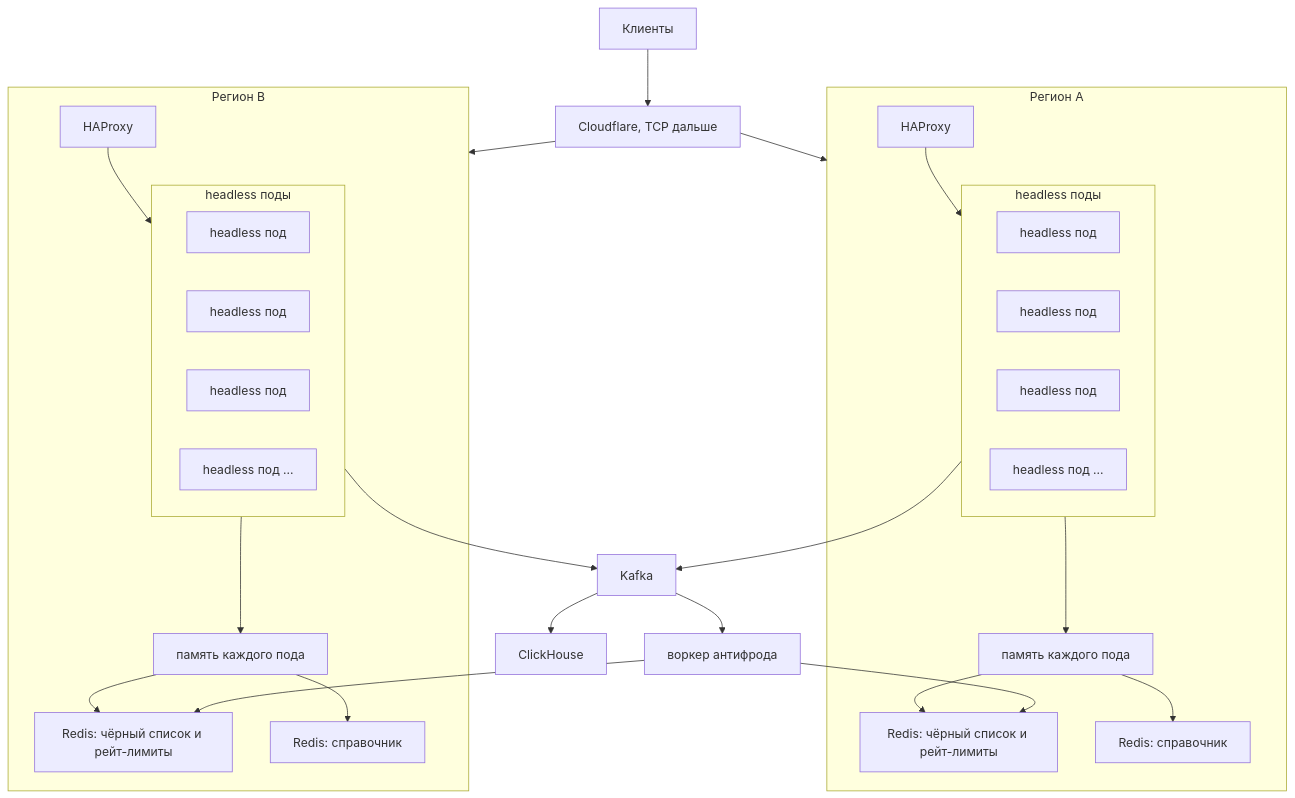
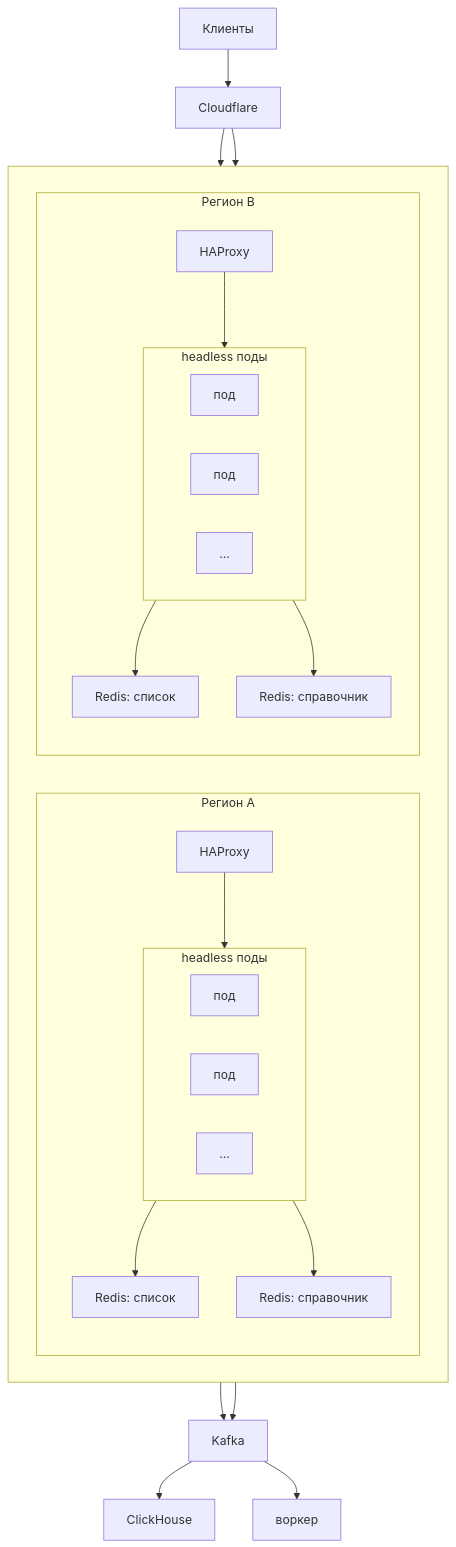
One commit to ventolin13/georedirect changed the diagram in docs/hld.md. Above: the diagram before and after it, drawn with Mermaid.

Commit message:
Place the regions side by side and keep Kafka and ClickHouse below them.

````diff
--- a/docs/hld.md
+++ b/docs/hld.md
@@ -7,53 +7,45 @@
 ```mermaid
 flowchart TB
-  clients[Клиенты] --> cf["Cloudflare, TCP дальше"]
+  clients[Клиенты] --> cf[Cloudflare]
 
-  subgraph regionA [Регион A]
-    haA[HAProxy]
-    subgraph podsA [headless поды]
-      direction LR
-      pa1[headless под]
-      pa2[headless под]
-      pa3[headless под]
-      paN["headless под …"]
+  subgraph row [ ]
+    direction LR
+    subgraph regionA [Регион A]
+      direction TB
+      haA[HAProxy]
+      subgraph podsA [headless поды]
+        direction LR
+        pa1[под]
+        pa2[под]
+        pa3[…]
+      end
+      redisA["Redis: список"]
+      refA["Redis: справочник"]
+      haA --> podsA
+      podsA --> redisA
+      podsA --> refA
     end
-    memA[память каждого пода]
-    redisA["Redis: чёрный список и рейт-лимиты"]
-    refA["Redis: справочник"]
-    haA --> podsA
-    podsA --> memA
-    memA --> redisA
-    memA --> refA
+    subgraph regionB [Регион B]
+      direction TB
+      haB[HAProxy]
+      subgraph podsB [headless поды]
+        direction LR
+        pb1[под]
+        pb2[под]
+        pb3[…]
+      end
+      redisB["Redis: список"]
+      refB["Redis: справочник"]
+      haB --> podsB
+      podsB --> redisB
+      podsB --> refB
+    end
   end
 
-  subgraph regionB [Регион B]
-    haB[HAProxy]
-    subgraph podsB [headless поды]
-      direction LR
-      pb1[headless под]
-      pb2[headless под]
-      pb3[headless под]
-      pbN["headless под …"]
-    end
-    memB[память каждого пода]
-    redisB["Redis: чёрный список и рейт-лимиты"]
-    refB["Redis: справочник"]
-    haB --> podsB
-    podsB --> memB
-    memB --> redisB
-    memB --> refB
-  end
-
-  cf --> regionA
-  cf --> regionB
-
-  kafka[Kafka]
-  ch[ClickHouse]
-  worker[воркер антифрода]
-  podsA --> kafka
+  cf --> haA
+  cf --> haB
+  podsA --> kafka[Kafka]
   podsB --> kafka
-  kafka --> ch
-  kafka --> worker
-  worker --> redisA
-  worker --> redisB
+  kafka --> ch[ClickHouse]
+  kafka --> worker[воркер]
 ```
````
